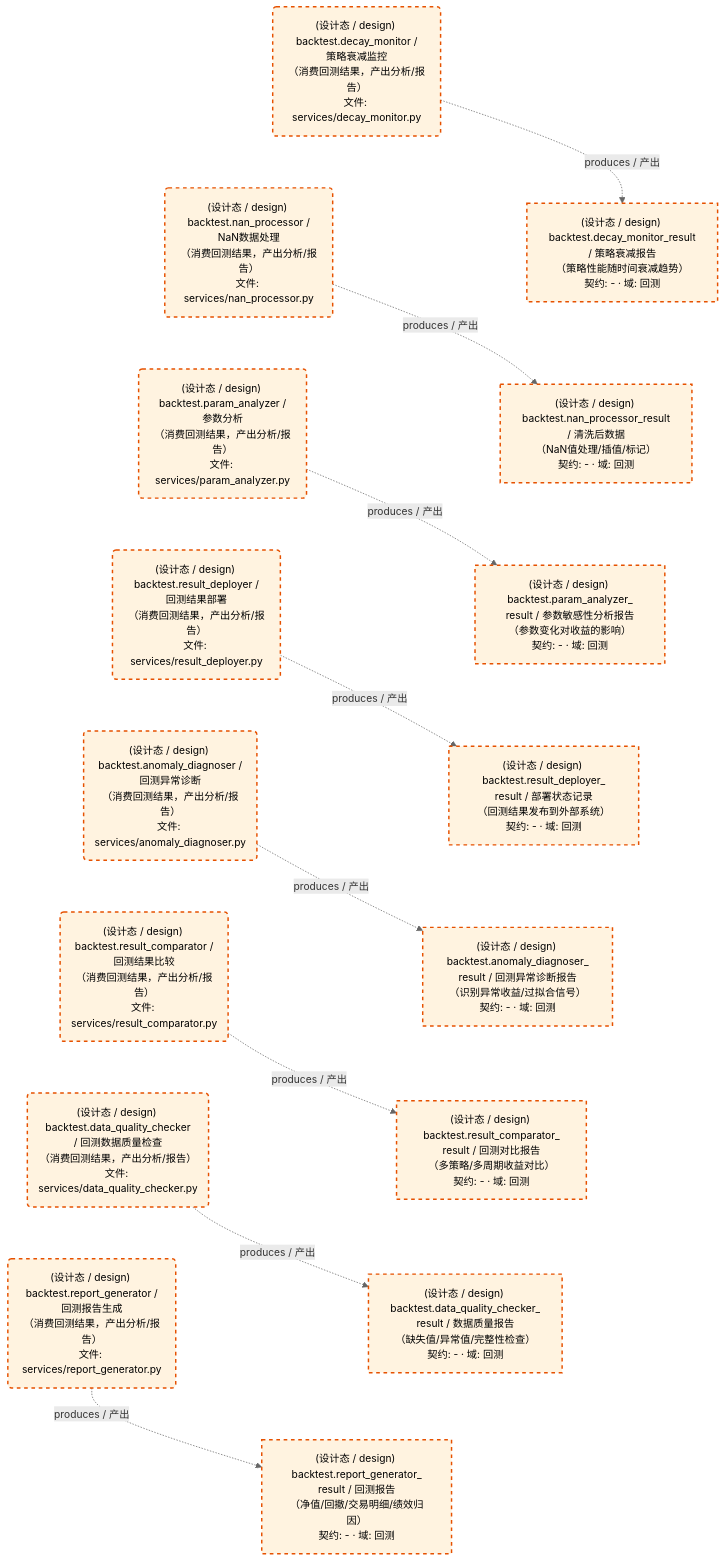
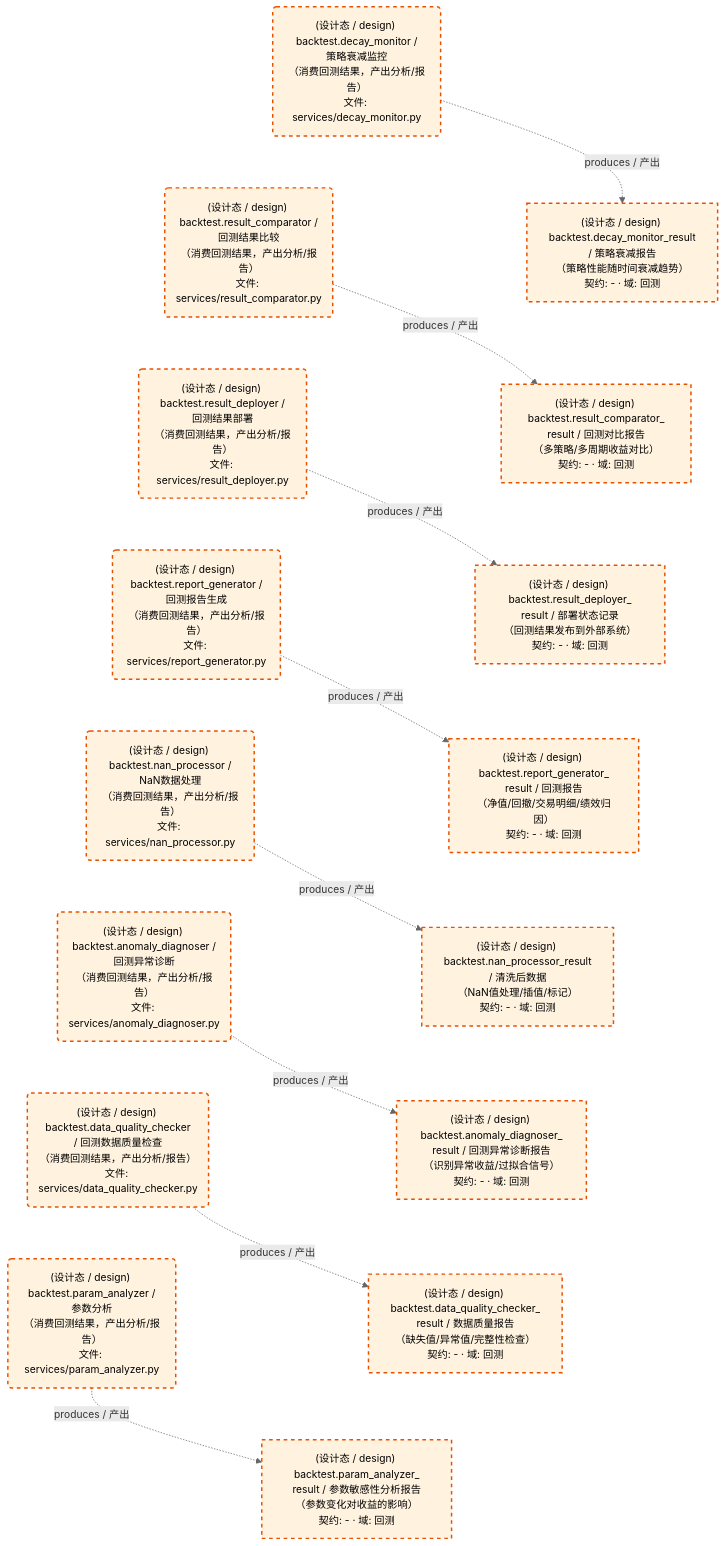
The third of 3 diagrams in docs/02_enterprise_architecture/05_dataflow_architecture/d_backtest.md (xuanFelixVan/ZephyrAlpha), drawn with Mermaid before and after one commit. The commit also changed other lines of this file and 123 other files, not shown here.

````diff
--- a/docs/02_enterprise_architecture/05_dataflow_architecture/d_backtest.md
+++ b/docs/02_enterprise_architecture/05_dataflow_architecture/d_backtest.md
@@ -160,47 +160,47 @@
 ```mermaid
 %%{init: {'theme': 'base', 'themeVariables': {'primaryColor': '#eaeaea', 'primaryTextColor': '#333333', 'primaryBorderColor': '#666666', 'lineColor': '#666666', 'secondaryColor': '#eaeaea', 'tertiaryColor': '#eaeaea', 'clusterBkg': 'transparent', 'clusterBorder': 'transparent', 'fontSize': '14px'}}}%%
 flowchart TD
     DS11245["(设计态 / design) backtest.anomaly_diagnoser_<br/>result / 回测异常诊断报告<br/>（识别异常收益/过拟合信号）<br/>契约: - · 域: 回测"]
     DS11246["(设计态 / design) backtest.data_quality_checker_<br/>result / 数据质量报告<br/>（缺失值/异常值/完整性检查）<br/>契约: - · 域: 回测"]
     DS11247["(设计态 / design) backtest.decay_monitor_result<br/>/ 策略衰减报告<br/>（策略性能随时间衰减趋势）<br/>契约: - · 域: 回测"]
     DS11248["(设计态 / design) backtest.nan_processor_result<br/>/ 清洗后数据<br/>（NaN值处理/插值/标记）<br/>契约: - · 域: 回测"]
     DS11249["(设计态 / design) backtest.param_analyzer_<br/>result / 参数敏感性分析报告<br/>（参数变化对收益的影响）<br/>契约: - · 域: 回测"]
     DS11250["(设计态 / design) backtest.report_generator_<br/>result / 回测报告<br/>（净值/回撤/交易明细/绩效归因）<br/>契约: - · 域: 回测"]
     DS11251["(设计态 / design) backtest.result_comparator_<br/>result / 回测对比报告<br/>（多策略/多周期收益对比）<br/>契约: - · 域: 回测"]
     DS11252["(设计态 / design) backtest.result_deployer_<br/>result / 部署状态记录<br/>（回测结果发布到外部系统）<br/>契约: - · 域: 回测"]
     JOB757609("(设计态 / design) backtest.anomaly_diagnoser /<br/>回测异常诊断<br/>（消费回测结果，产出分析/报告）<br/>文件: services/anomaly_diagnoser.py")
     JOB757610("(设计态 / design) backtest.data_quality_checker<br/>/ 回测数据质量检查<br/>（消费回测结果，产出分析/报告）<br/>文件: services/data_quality_checker.py")
     JOB757611("(设计态 / design) backtest.decay_monitor /<br/>策略衰减监控<br/>（消费回测结果，产出分析/报告）<br/>文件: services/decay_monitor.py")
     JOB757612("(设计态 / design) backtest.nan_processor /<br/>NaN数据处理<br/>（消费回测结果，产出分析/报告）<br/>文件: services/nan_processor.py")
     JOB757613("(设计态 / design) backtest.param_analyzer /<br/>参数分析<br/>（消费回测结果，产出分析/报告）<br/>文件: services/param_analyzer.py")
     JOB757614("(设计态 / design) backtest.report_generator /<br/>回测报告生成<br/>（消费回测结果，产出分析/报告）<br/>文件: services/report_generator.py")
     JOB757615("(设计态 / design) backtest.result_comparator /<br/>回测结果比较<br/>（消费回测结果，产出分析/报告）<br/>文件: services/result_comparator.py")
     JOB757616("(设计态 / design) backtest.result_deployer /<br/>回测结果部署<br/>（消费回测结果，产出分析/报告）<br/>文件: services/result_deployer.py")
     JOB757609 -.->|produces / 产出| DS11245
     JOB757610 -.->|produces / 产出| DS11246
     JOB757611 -.->|produces / 产出| DS11247
     JOB757612 -.->|produces / 产出| DS11248
     JOB757613 -.->|produces / 产出| DS11249
     JOB757614 -.->|produces / 产出| DS11250
     JOB757615 -.->|produces / 产出| DS11251
     JOB757616 -.->|produces / 产出| DS11252
-    JOB757611 ~~~ JOB757612
-    JOB757612 ~~~ JOB757613
-    JOB757613 ~~~ JOB757616
-    JOB757616 ~~~ JOB757609
-    JOB757609 ~~~ JOB757615
-    JOB757615 ~~~ JOB757610
-    JOB757610 ~~~ JOB757614
-    DS11247 ~~~ DS11248
-    DS11248 ~~~ DS11249
-    DS11249 ~~~ DS11252
-    DS11252 ~~~ DS11245
-    DS11245 ~~~ DS11251
-    DS11251 ~~~ DS11246
-    DS11246 ~~~ DS11250
+    JOB757611 ~~~ JOB757615
+    JOB757615 ~~~ JOB757616
+    JOB757616 ~~~ JOB757614
+    JOB757614 ~~~ JOB757612
+    JOB757612 ~~~ JOB757609
+    JOB757609 ~~~ JOB757610
+    JOB757610 ~~~ JOB757613
+    DS11247 ~~~ DS11251
+    DS11251 ~~~ DS11252
+    DS11252 ~~~ DS11250
+    DS11250 ~~~ DS11248
+    DS11248 ~~~ DS11245
+    DS11245 ~~~ DS11246
+    DS11246 ~~~ DS11249
     classDef production fill:#e1f5fe,stroke:#01579b,stroke-width:2px,color:#000
     classDef design fill:#fff3e0,stroke:#e65100,stroke-width:2px,color:#000,stroke-dasharray: 5 5
     classDef external_prod fill:#e8f4fd,stroke:#0277bd,stroke-width:1px,color:#000
     classDef external_design fill:#fff8e7,stroke:#ef6c00,stroke-width:1px,color:#000,stroke-dasharray: 5 5
     class DS11245,DS11246,DS11247,DS11248,DS11249,DS11250,DS11251,DS11252,JOB757609,JOB757610,JOB757611,JOB757612,JOB757613,JOB757614,JOB757615,JOB757616 design
 ```
````
